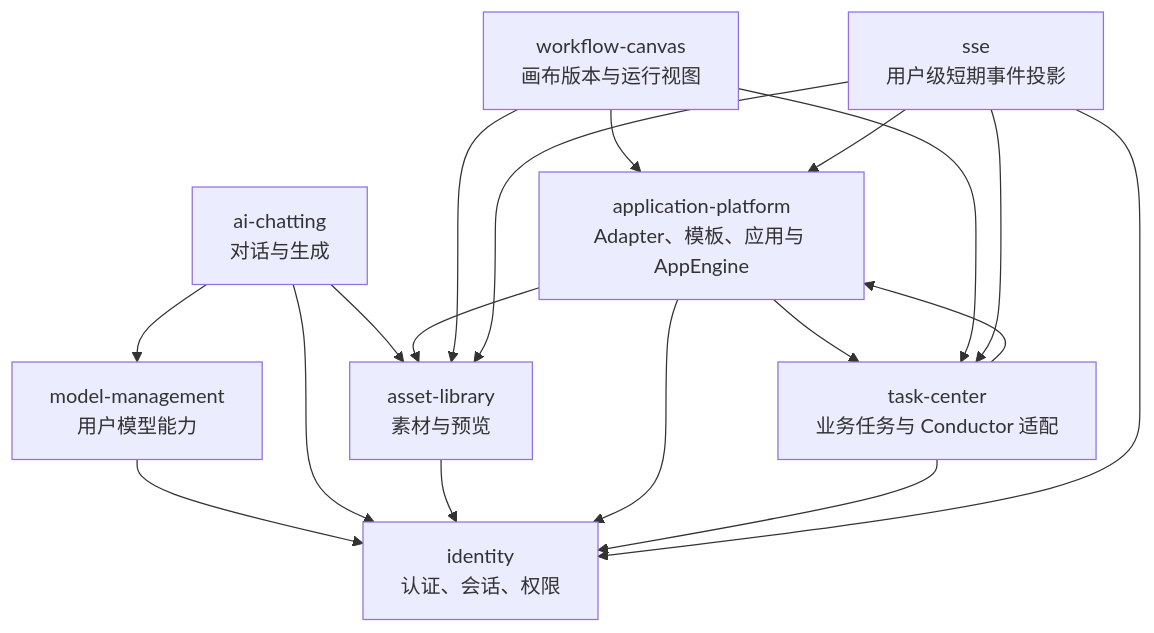
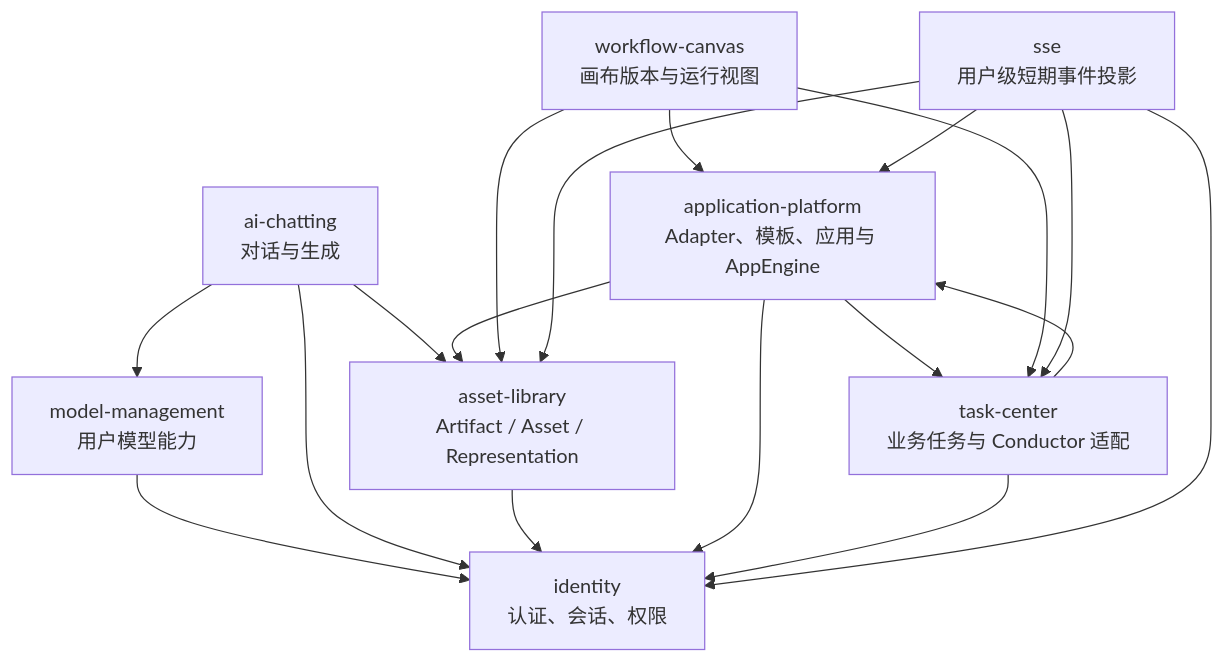
Before and after one commit to wangweihong/omnimam-spec: the first of 3 diagrams in 02_architecture/global-architecture.md, drawn with Mermaid. The commit also changed other lines of this file and 34 other files, not shown here.

Commit message:
spec(asset-library): migrate artifact ownership

````diff
--- a/02_architecture/global-architecture.md
+++ b/02_architecture/global-architecture.md
@@ -26,30 +26,30 @@
 ```mermaid
 graph TD
   Identity["identity<br/>认证、会话、权限"]
   Model["model-management<br/>用户模型能力"]
   Chat["ai-chatting<br/>对话与生成"]
-  Asset["asset-library<br/>素材与预览"]
+  Asset["asset-library<br/>Artifact / Asset / Representation"]
   App["application-platform<br/>Adapter、模板、应用与 AppEngine"]
   Task["task-center<br/>业务任务与 Conductor 适配"]
   Canvas["workflow-canvas<br/>画布版本与运行视图"]
   SSE["sse<br/>用户级短期事件投影"]
 
   Chat --> Model
   Chat --> Asset
   App --> Task
   App --> Asset
   Task --> App
   Canvas --> Task
   Canvas --> App
   Canvas --> Asset
   SSE --> Task
   SSE --> App
   SSE --> Asset
 
   Model --> Identity
   Chat --> Identity
   Asset --> Identity
   App --> Identity
   Task --> Identity
   SSE --> Identity
 ```
````
